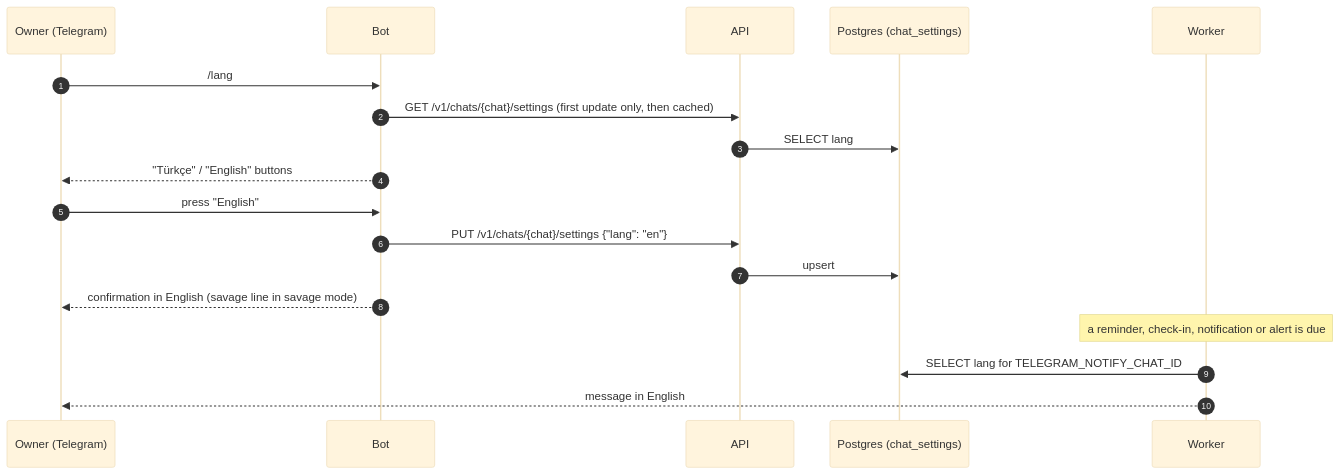
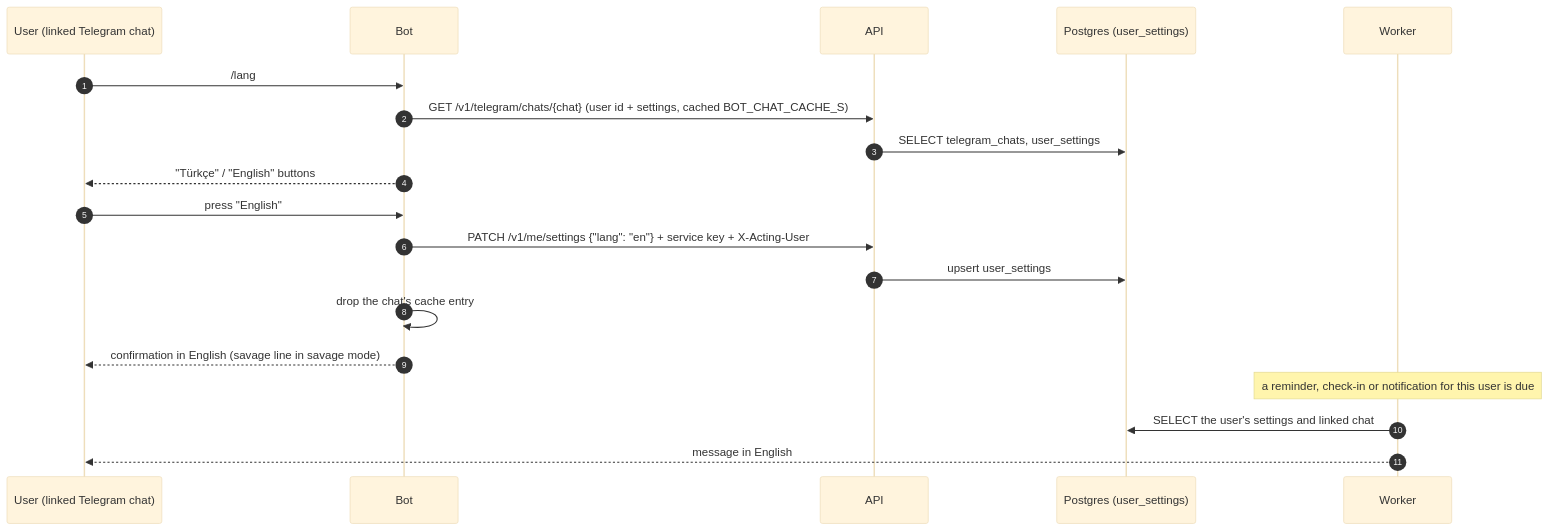
Before and after one commit to umutaydins/trainsync: diagram 30 of 34 in docs/diagrams.md, drawn with Mermaid (base theme). The commit also changed other lines of this file and 8 other files, not shown here.

Commit message:
P8.8 docs: accounts, Telegram linking, auth modes, tenancy data model, diagrams (ER, components, sign-up/login and /link sequences), env tables, Strava athlete capacity, layout; the bot links on the dashboard's /start CODE deep link

````diff
--- a/docs/diagrams.md
+++ b/docs/diagrams.md
@@ -1442,21 +1584,22 @@
 ```mermaid
 sequenceDiagram
     autonumber
-    participant U as Owner (Telegram)
+    participant U as User (linked Telegram chat)
     participant B as Bot
     participant API as API
-    participant DB as Postgres (chat_settings)
+    participant DB as Postgres (user_settings)
     participant W as Worker
 
     U->>B: /lang
-    B->>API: GET /v1/chats/{chat}/settings (first update only, then cached)
-    API->>DB: SELECT lang
+    B->>API: GET /v1/telegram/chats/{chat} (user id + settings, cached BOT_CHAT_CACHE_S)
+    API->>DB: SELECT telegram_chats, user_settings
     B-->>U: "Türkçe" / "English" buttons
     U->>B: press "English"
-    B->>API: PUT /v1/chats/{chat}/settings {"lang": "en"}
-    API->>DB: upsert
+    B->>API: PATCH /v1/me/settings {"lang": "en"} + service key + X-Acting-User
+    API->>DB: upsert user_settings
+    B->>B: drop the chat's cache entry
     B-->>U: confirmation in English (savage line in savage mode)
-    Note over W: a reminder, check-in, notification or alert is due
-    W->>DB: SELECT lang for TELEGRAM_NOTIFY_CHAT_ID
+    Note over W: a reminder, check-in or notification for this user is due
+    W->>DB: SELECT the user's settings and linked chat
     W-->>U: message in English
 ```
````
